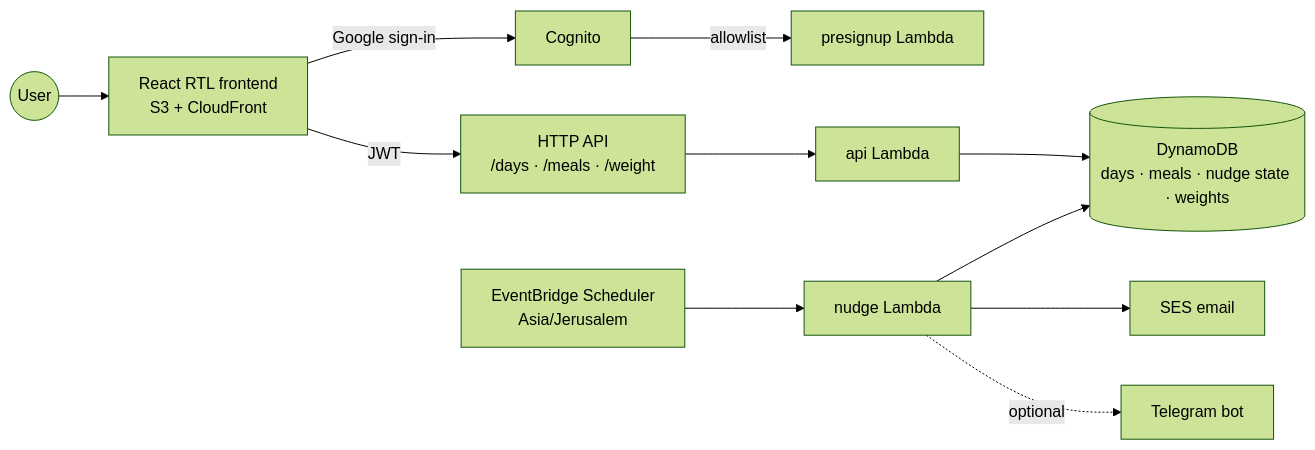
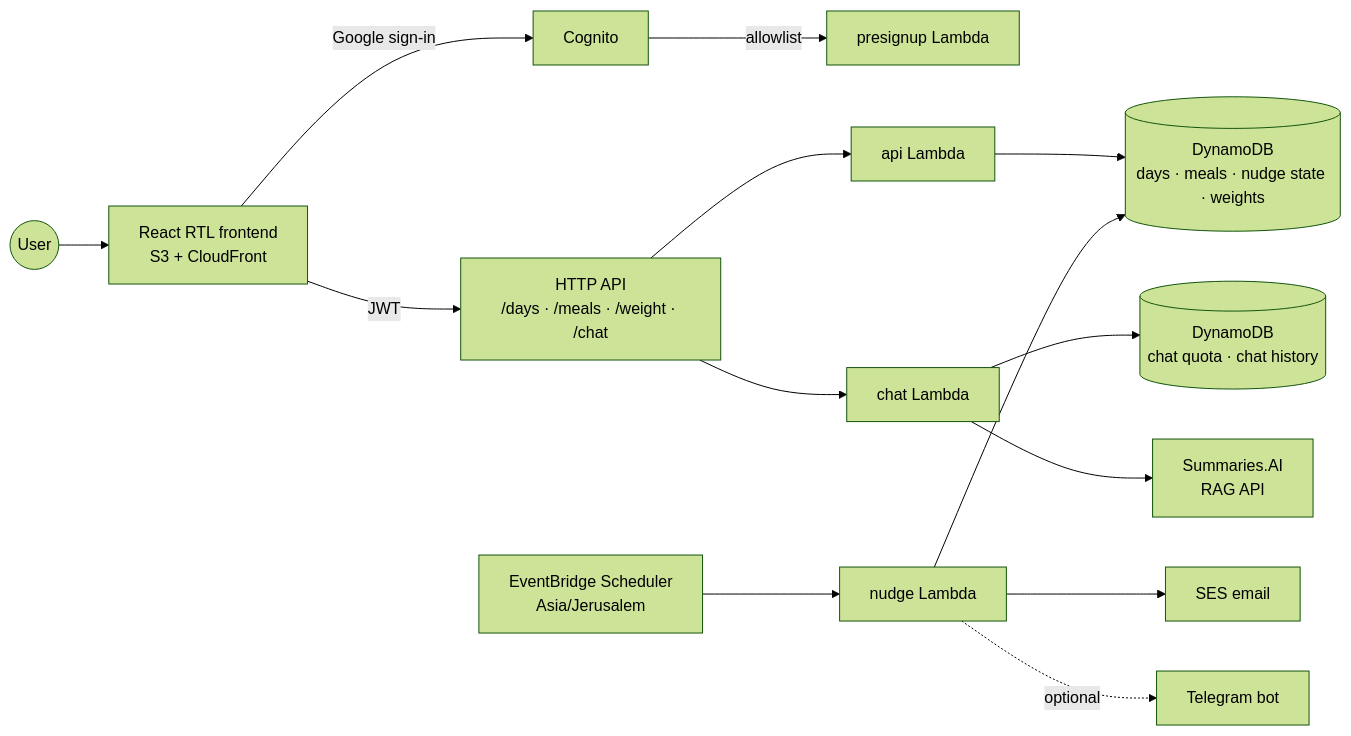
One commit to erancha/diet-tracker changed the diagram in README.md. Above: the diagram before and after it, drawn with Mermaid (forest theme). The commit also changed other lines of this file and 18 other files, not shown here.

````diff
--- a/README.md
+++ b/README.md
@@ -53,13 +61,16 @@
 ```mermaid
 graph LR
     U((User)) --> FE[React RTL frontend<br/>S3 + CloudFront]
     FE -->|Google sign-in| COG[Cognito]
     COG -->|allowlist| PRE[presignup Lambda]
-    FE -->|JWT| API[HTTP API<br/>/days · /meals · /weight]
+    FE -->|JWT| API[HTTP API<br/>/days · /meals · /weight · /chat]
     API --> APIL[api Lambda]
+    API --> CHATL[chat Lambda]
     APIL --> DB[(DynamoDB<br/>days · meals · nudge state · weights)]
+    CHATL --> CDB[(DynamoDB<br/>chat quota · chat history)]
+    CHATL --> RAG[Summaries.AI<br/>RAG API]
     SCH[EventBridge Scheduler<br/>Asia/Jerusalem] --> NUDGE[nudge Lambda]
     NUDGE --> DB
     NUDGE --> SES[SES email]
     NUDGE -.optional.-> TG[Telegram bot]
 ```
````
